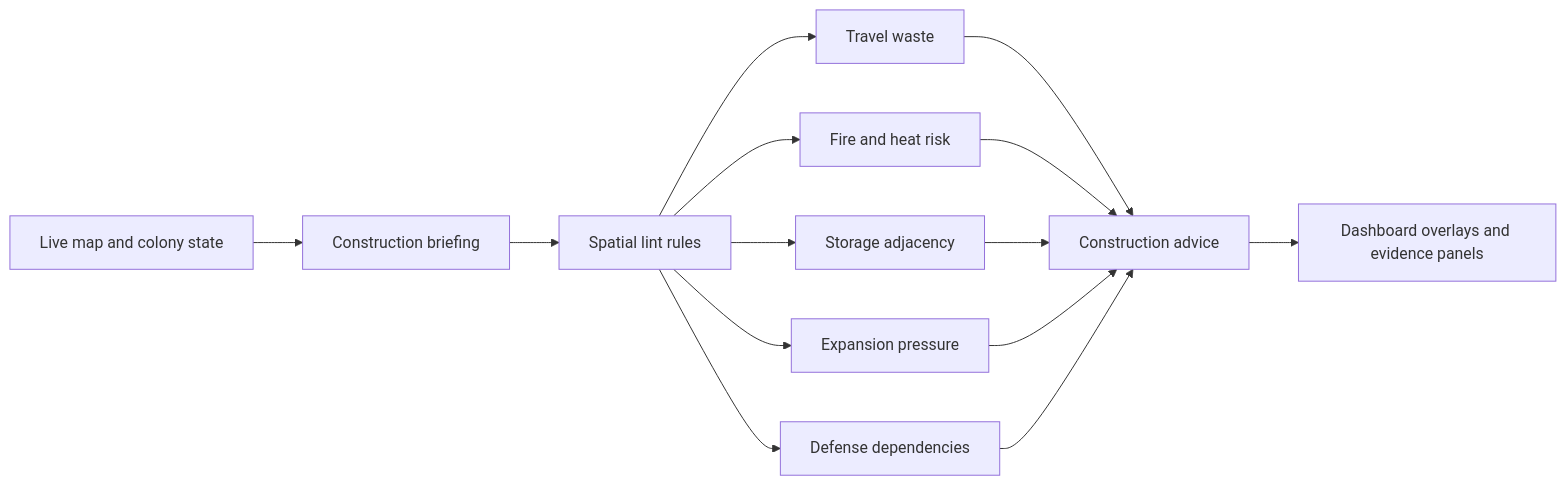
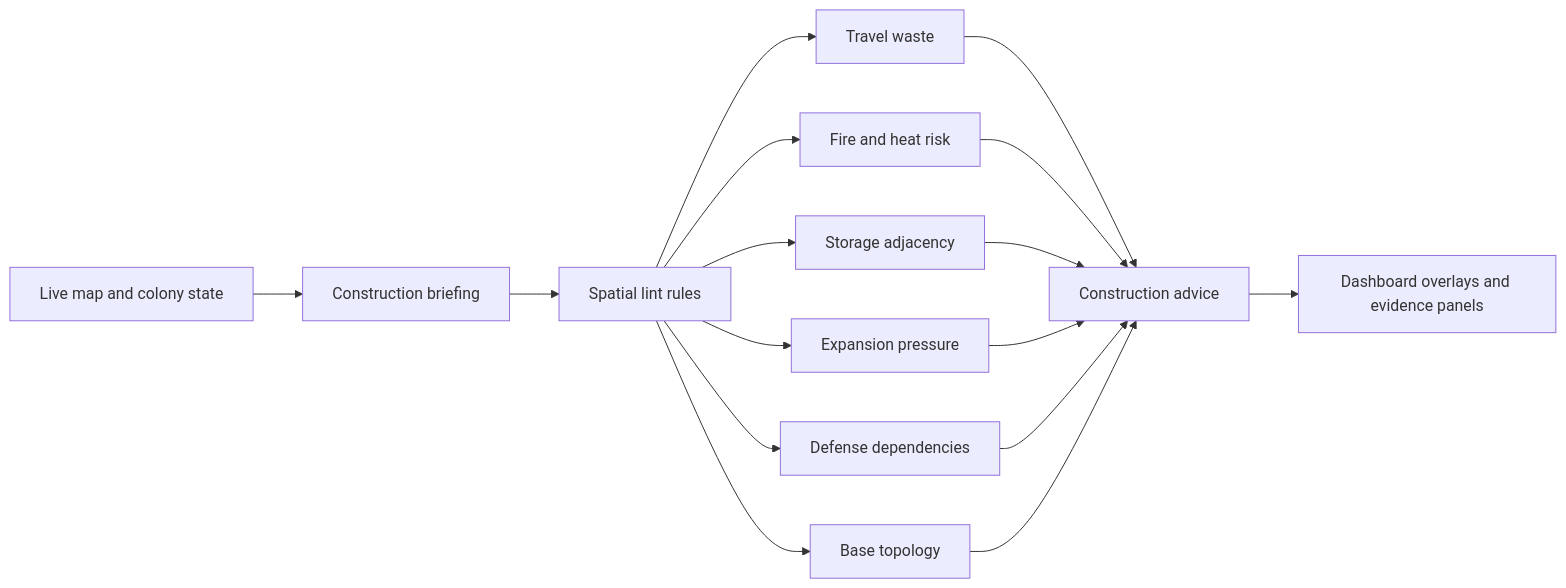
One commit to ocaspi-sc/RimBob changed the diagram in .plans/base-layout-construction-tips.md. Above: the diagram before and after it, drawn with Mermaid. The commit also changed other lines of this file and 1 other file, not shown here.

````diff
--- a/.plans/base-layout-construction-tips.md
+++ b/.plans/base-layout-construction-tips.md
@@ -15,16 +18,18 @@
 ```mermaid
 flowchart LR
   A["Live map and colony state"] --> B["Construction briefing"]
   B --> C["Spatial lint rules"]
   C --> D["Travel waste"]
   C --> E["Fire and heat risk"]
   C --> F["Storage adjacency"]
   C --> G["Expansion pressure"]
   C --> H["Defense dependencies"]
+  C --> K["Base topology"]
   D --> I["Construction advice"]
   E --> I
   F --> I
   G --> I
   H --> I
+  K --> I
   I --> J["Dashboard overlays and evidence panels"]
 ```
````
